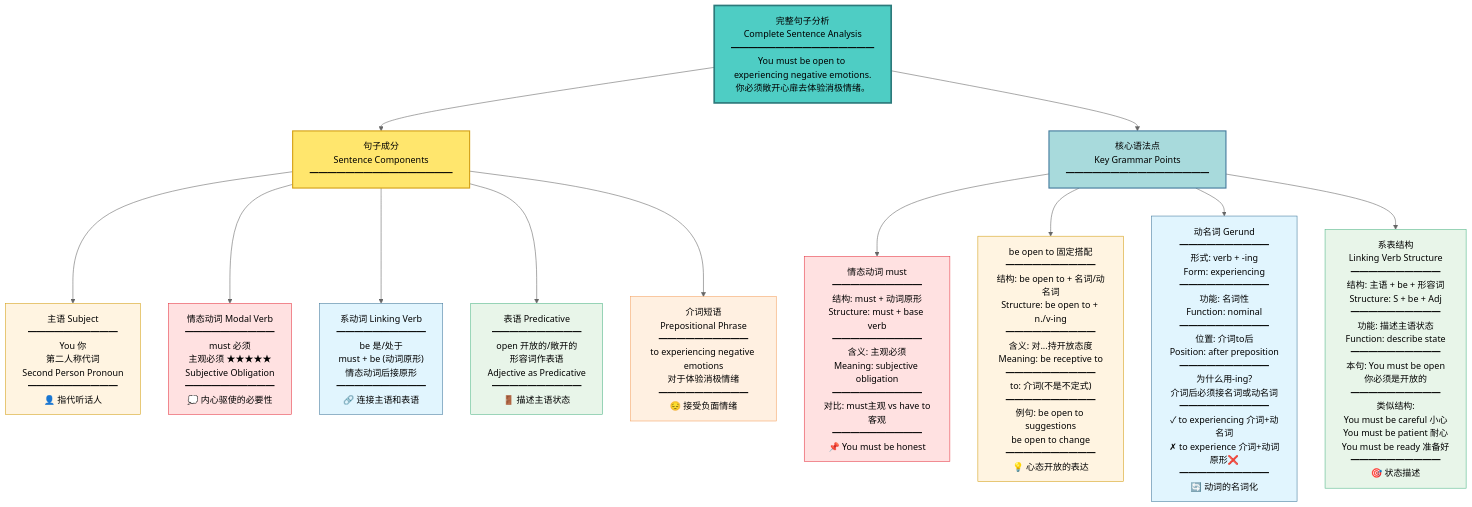
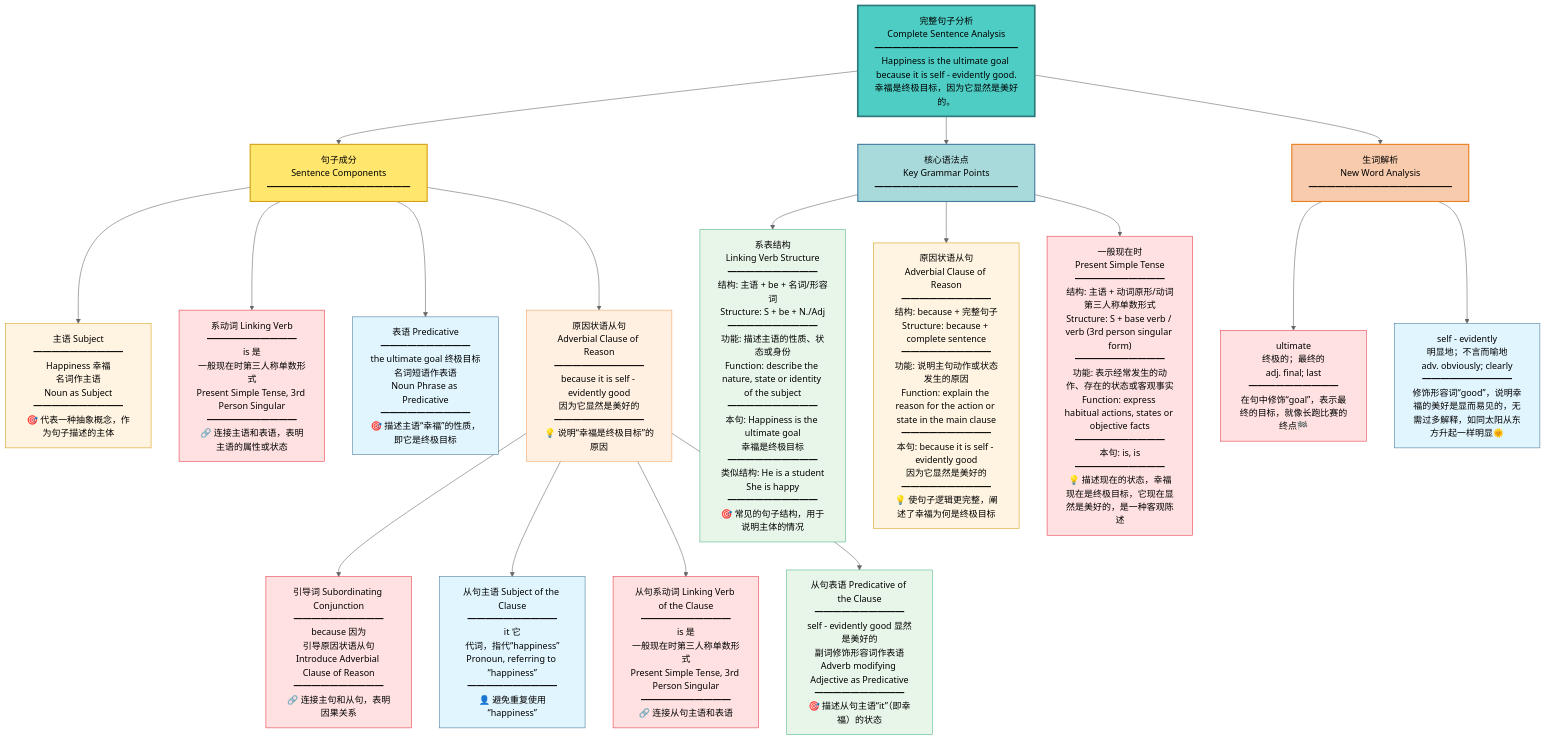
Before and after one commit to luotaofun/english-study: the first of 21 diagrams in English-Study.md, drawn with Mermaid (neutral theme). The commit also changed other lines of this file, not shown here.

````diff
--- a/English-Study.md
+++ b/English-Study.md
@@ -9,37 +9,52 @@
 ```mermaid
 graph TB
-    A["完整句子分析<br/>Complete Sentence Analysis<br/>━━━━━━━━━━━━━━━━<br/>You must be open to experiencing negative emotions.<br/>你必须敞开心扉去体验消极情绪。"] --> B["句子成分<br/>Sentence Components<br/>━━━━━━━━━━━━━━━━"]
+    A["完整句子分析<br/>Complete Sentence Analysis<br/>━━━━━━━━━━━━━━━━<br/>Happiness is the ultimate goal because it is self - evidently good.<br/>幸福是终极目标，因为它显然是美好的。"] --> B["句子成分<br/>Sentence Components<br/>━━━━━━━━━━━━━━━━"]
     
     A --> C["核心语法点<br/>Key Grammar Points<br/>━━━━━━━━━━━━━━━━"]
     
-    B --> B1["主语 Subject<br/>━━━━━━━━━━<br/>You 你<br/>第二人称代词<br/>Second Person Pronoun<br/>━━━━━━━━━━<br/>👤 指代听话人"]
+    A --> D["生词解析<br/>New Word Analysis<br/>━━━━━━━━━━━━━━━━"]
     
-    B --> B2["情态动词 Modal Verb<br/>━━━━━━━━━━<br/>must 必须<br/>主观必须 ★★★★★<br/>Subjective Obligation<br/>━━━━━━━━━━<br/>💭 内心驱使的必要性"]
+    B --> B1["主语 Subject<br/>━━━━━━━━━━<br/>Happiness 幸福<br/>名词作主语<br/>Noun as Subject<br/>━━━━━━━━━━<br/>🎯 代表一种抽象概念，作为句子描述的主体"]
     
-    B --> B3["系动词 Linking Verb<br/>━━━━━━━━━━<br/>be 是/处于<br/>must + be (动词原形)<br/>情态动词后接原形<br/>━━━━━━━━━━<br/>🔗 连接主语和表语"]
+    B --> B2["系动词 Linking Verb<br/>━━━━━━━━━━<br/>is 是<br/>一般现在时第三人称单数形式<br/>Present Simple Tense, 3rd Person Singular<br/>━━━━━━━━━━<br/>🔗 连接主语和表语，表明主语的属性或状态"]
     
-    B --> B4["表语 Predicative<br/>━━━━━━━━━━<br/>open 开放的/敞开的<br/>形容词作表语<br/>Adjective as Predicative<br/>━━━━━━━━━━<br/>🚪 描述主语状态"]
+    B --> B3["表语 Predicative<br/>━━━━━━━━━━<br/>the ultimate goal 终极目标<br/>名词短语作表语<br/>Noun Phrase as Predicative<br/>━━━━━━━━━━<br/>🎯 描述主语“幸福”的性质，即它是终极目标"]
     
-    B --> B5["介词短语<br/>Prepositional Phrase<br/>━━━━━━━━━━<br/>to experiencing negative emotions<br/>对于体验消极情绪<br/>━━━━━━━━━━<br/>😔 接受负面情绪"]
+    B --> B4["原因状语从句<br/>Adverbial Clause of Reason<br/>━━━━━━━━━━<br/>because it is self - evidently good<br/>因为它显然是美好的<br/>━━━━━━━━━━<br/>💡 说明“幸福是终极目标”的原因"]
     
-    C --> C1["情态动词 must<br/>━━━━━━━━━━<br/>结构: must + 动词原形<br/>Structure: must + base verb<br/>━━━━━━━━━━<br/>含义: 主观必须<br/>Meaning: subjective obligation<br/>━━━━━━━━━━<br/>对比: must主观 vs have to客观<br/>━━━━━━━━━━<br/>📌 You must be honest"]
+    B4 --> B41["引导词 Subordinating Conjunction<br/>━━━━━━━━━━<br/>because 因为<br/>引导原因状语从句<br/>Introduce Adverbial Clause of Reason<br/>━━━━━━━━━━<br/>🔗 连接主句和从句，表明因果关系"]
     
-    C --> C2["be open to 固定搭配<br/>━━━━━━━━━━<br/>结构: be open to + 名词/动名词<br/>Structure: be open to + n./v-ing<br/>━━━━━━━━━━<br/>含义: 对...持开放态度<br/>Meaning: be receptive to<br/>━━━━━━━━━━<br/>to: 介词(不是不定式)<br/>━━━━━━━━━━<br/>例句: be open to suggestions<br/>be open to change<br/>━━━━━━━━━━<br/>💡 心态开放的表达"]
+    B4 --> B42["从句主语 Subject of the Clause<br/>━━━━━━━━━━<br/>it 它<br/>代词，指代“happiness”<br/>Pronoun, referring to “happiness”<br/>━━━━━━━━━━<br/>👤 避免重复使用“happiness”"]
     
-    C --> C3["动名词 Gerund<br/>━━━━━━━━━━<br/>形式: verb + -ing<br/>Form: experiencing<br/>━━━━━━━━━━<br/>功能: 名词性<br/>Function: nominal<br/>━━━━━━━━━━<br/>位置: 介词to后<br/>Position: after preposition<br/>━━━━━━━━━━<br/>为什么用-ing?<br/>介词后必须接名词或动名词<br/>━━━━━━━━━━<br/>✓ to experiencing 介词+动名词<br/>✗ to experience 介词+动词原形❌<br/>━━━━━━━━━━<br/>🔄 动词的名词化"]
+    B4 --> B43["从句系动词 Linking Verb of the Clause<br/>━━━━━━━━━━<br/>is 是<br/>一般现在时第三人称单数形式<br/>Present Simple Tense, 3rd Person Singular<br/>━━━━━━━━━━<br/>🔗 连接从句主语和表语"]
     
-    C --> C4["系表结构<br/>Linking Verb Structure<br/>━━━━━━━━━━<br/>结构: 主语 + be + 形容词<br/>Structure: S + be + Adj<br/>━━━━━━━━━━<br/>功能: 描述主语状态<br/>Function: describe state<br/>━━━━━━━━━━<br/>本句: You must be open<br/>你必须是开放的<br/>━━━━━━━━━━<br/>类似结构:<br/>You must be careful 小心<br/>You must be patient 耐心<br/>You must be ready 准备好<br/>━━━━━━━━━━<br/>🎯 状态描述"]
+    B4 --> B44["从句表语 Predicative of the Clause<br/>━━━━━━━━━━<br/>self - evidently good 显然是美好的<br/>副词修饰形容词作表语<br/>Adverb modifying Adjective as Predicative<br/>━━━━━━━━━━<br/>🎯 描述从句主语“it”（即幸福）的状态"]
+    
+    C --> C1["系表结构<br/>Linking Verb Structure<br/>━━━━━━━━━━<br/>结构: 主语 + be + 名词/形容词<br/>Structure: S + be + N./Adj<br/>━━━━━━━━━━<br/>功能: 描述主语的性质、状态或身份<br/>Function: describe the nature, state or identity of the subject<br/>━━━━━━━━━━<br/>本句: Happiness is the ultimate goal<br/>幸福是终极目标<br/>━━━━━━━━━━<br/>类似结构: He is a student<br/>She is happy<br/>━━━━━━━━━━<br/>🎯 常见的句子结构，用于说明主体的情况"]
+    
+    C --> C2["原因状语从句<br/>Adverbial Clause of Reason<br/>━━━━━━━━━━<br/>结构: because + 完整句子<br/>Structure: because + complete sentence<br/>━━━━━━━━━━<br/>功能: 说明主句动作或状态发生的原因<br/>Function: explain the reason for the action or state in the main clause<br/>━━━━━━━━━━<br/>本句: because it is self - evidently good<br/>因为它显然是美好的<br/>━━━━━━━━━━<br/>💡 使句子逻辑更完整，阐述了幸福为何是终极目标"]
+    
+    C --> C3["一般现在时<br/>Present Simple Tense<br/>━━━━━━━━━━<br/>结构: 主语 + 动词原形/动词第三人称单数形式<br/>Structure: S + base verb / verb (3rd person singular form)<br/>━━━━━━━━━━<br/>功能: 表示经常发生的动作、存在的状态或客观事实<br/>Function: express habitual actions, states or objective facts<br/>━━━━━━━━━━<br/>本句: is, is<br/>━━━━━━━━━━<br/>💡 描述现在的状态，幸福现在是终极目标，它现在显然是美好的，是一种客观陈述"]
+    
+    D --> D1["ultimate<br/>终极的；最终的<br/>adj. final; last<br/>━━━━━━━━━━<br/>在句中修饰“goal”，表示最终的目标，就像长跑比赛的终点🏁"]
+    
+    D --> D2["self - evidently<br/>明显地；不言而喻地<br/>adv. obviously; clearly<br/>━━━━━━━━━━<br/>修饰形容词“good”，说明幸福的美好是显而易见的，无需过多解释，如同太阳从东方升起一样明显🌞"]
     
     style A fill:#4ECDC4,stroke:#2C7A7B,stroke-width:3px
     style B fill:#FFE66D,stroke:#D4A017,stroke-width:2px
     style C fill:#A8DADC,stroke:#457B9D,stroke-width:2px
+    style D fill:#F8CBAD,stroke:#E67E22,stroke-width:2px
     style B1 fill:#FFF4E1,stroke:#D4A017,stroke-width:1px
     style B2 fill:#FFE1E1,stroke:#E63946,stroke-width:1px
     style B3 fill:#E1F5FE,stroke:#457B9D,stroke-width:1px
-    style B4 fill:#E8F5E9,stroke:#52B788,stroke-width:1px
-    style B5 fill:#FFF0E1,stroke:#F4A261,stroke-width:1px
-    style C1 fill:#FFE1E1,stroke:#E63946,stroke-width:1px
+    style B4 fill:#FFF0E1,stroke:#F4A261,stroke-width:1px
+    style B41 fill:#FFE1E1,stroke:#E63946,stroke-width:1px
+    style B42 fill:#E1F5FE,stroke:#457B9D,stroke-width:1px
+    style B43 fill:#FFE1E1,stroke:#E63946,stroke-width:1px
+    style B44 fill:#E8F5E9,stroke:#52B788,stroke-width:1px
+    style C1 fill:#E8F5E9,stroke:#52B788,stroke-width:1px
     style C2 fill:#FFF4E1,stroke:#D4A017,stroke-width:1px
-    style C3 fill:#E1F5FE,stroke:#457B9D,stroke-width:1px
-    style C4 fill:#E8F5E9,stroke:#52B788,stroke-width:1px
+    style C3 fill:#FFE1E1,stroke:#E63946,stroke-width:1px
+    style D1 fill:#FFE1E1,stroke:#E63946,stroke-width:1px
+    style D2 fill:#E1F5FE,stroke:#457B9D,stroke-width:1px
 ```
````
